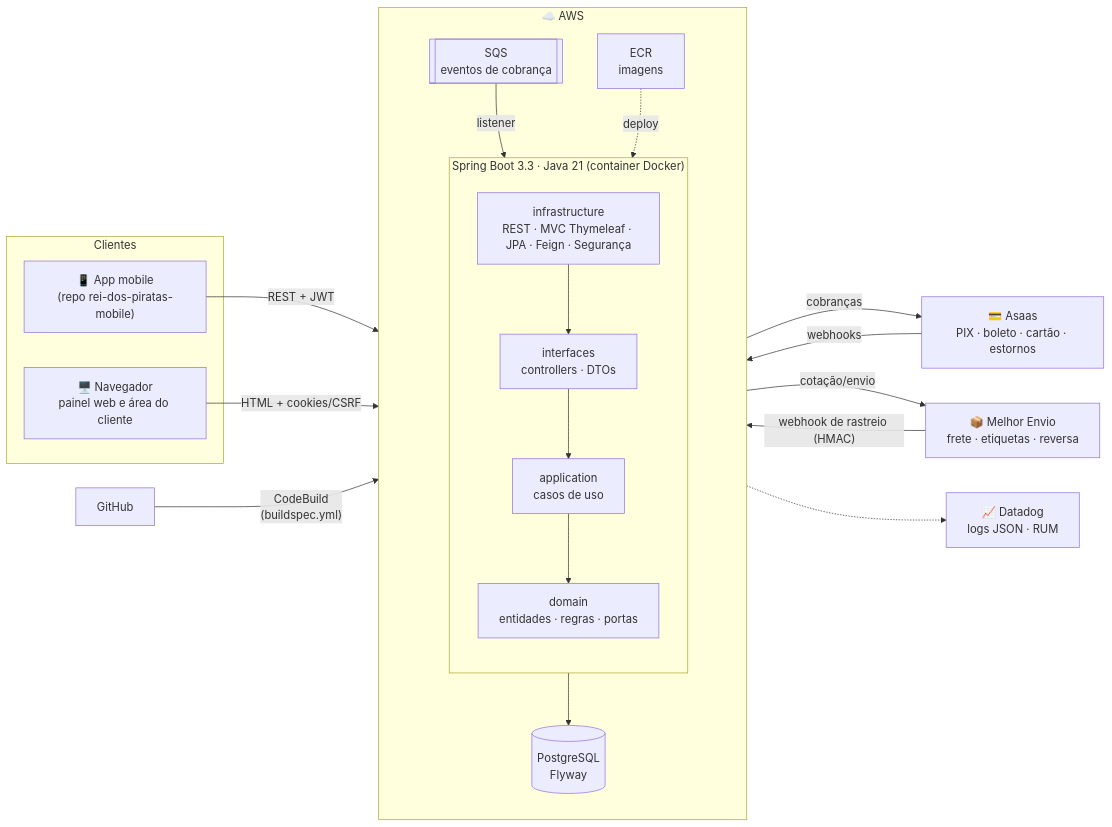
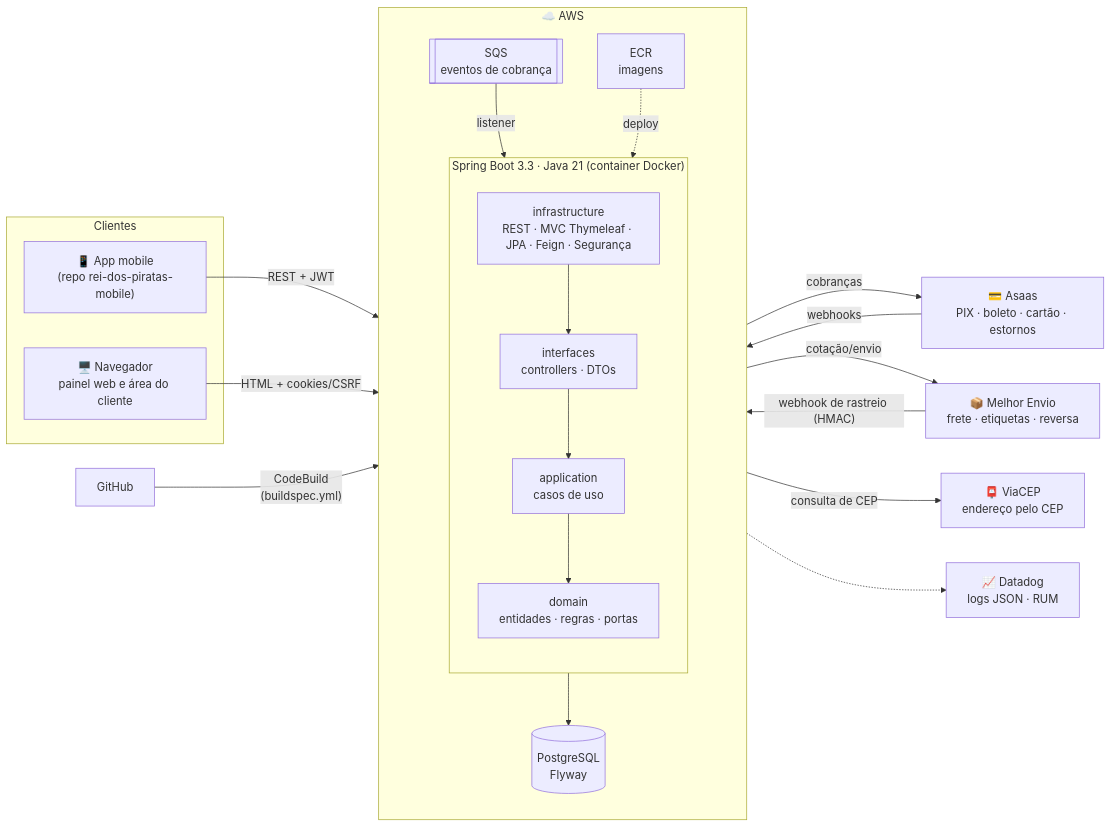
Before and after one commit to FIAP-1TDSPS-2024/rei-dos-piratas: the diagram in README.md, drawn with Mermaid. The commit also changed other lines of this file and 36 other files, not shown here.

First line of the commit message:
(feat) Endereço pelo CEP (ViaCEP) e cartão só com pagamento por cartão no checkout

````diff
--- a/README.md
+++ b/README.md
@@ -98,37 +98,39 @@
 ```mermaid
 flowchart LR
     subgraph Clientes
         APP["📱 App mobile<br/>(repo rei-dos-piratas-mobile)"]
         WEB["🖥️ Navegador<br/>painel web e área do cliente"]
     end
 
     subgraph AWS["☁️ AWS"]
         direction TB
         subgraph API["Spring Boot 3.3 · Java 21 (container Docker)"]
             direction TB
             INFRA["infrastructure<br/>REST · MVC Thymeleaf · JPA · Feign · Segurança"]
             INTF["interfaces<br/>controllers · DTOs"]
             APPL["application<br/>casos de uso"]
             DOM["domain<br/>entidades · regras · portas"]
             INFRA --> INTF --> APPL --> DOM
         end
         DB[("PostgreSQL<br/>Flyway")]
         SQS[["SQS<br/>eventos de cobrança"]]
         ECR["ECR<br/>imagens"]
     end
 
     ASAAS["💳 Asaas<br/>PIX · boleto · cartão · estornos"]
     ME["📦 Melhor Envio<br/>frete · etiquetas · reversa"]
     DD["📈 Datadog<br/>logs JSON · RUM"]
+    CEP["📮 ViaCEP<br/>endereço pelo CEP"]
 
     APP -- "REST + JWT" --> INFRA
     WEB -- "HTML + cookies/CSRF" --> INFRA
     INFRA --> DB
     INFRA -- "cobranças" --> ASAAS
     ASAAS -- "webhooks" --> SQS -- "listener" --> INFRA
     INFRA -- "cotação/envio" --> ME
     ME -- "webhook de rastreio (HMAC)" --> INFRA
+    INFRA -- "consulta de CEP" --> CEP
     INFRA -.-> DD
 
     GH["GitHub"] -- "CodeBuild<br/>(buildspec.yml)" --> ECR -. "deploy" .-> API
 ```
````
